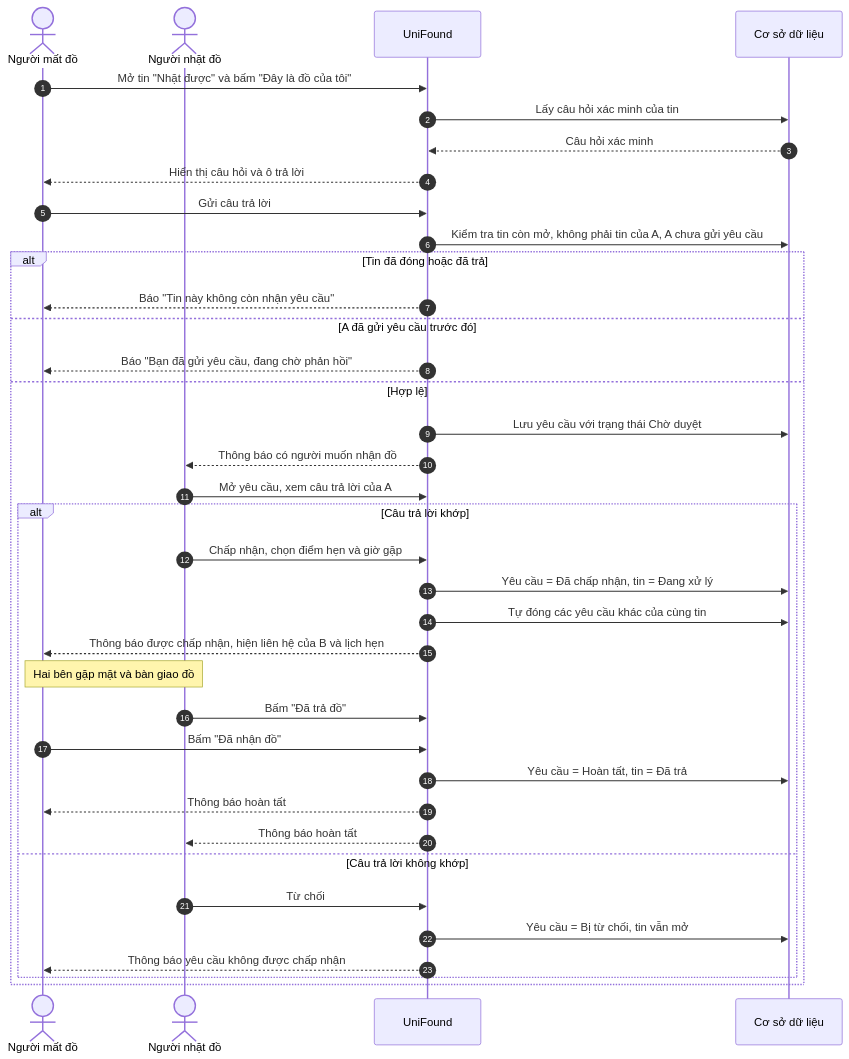
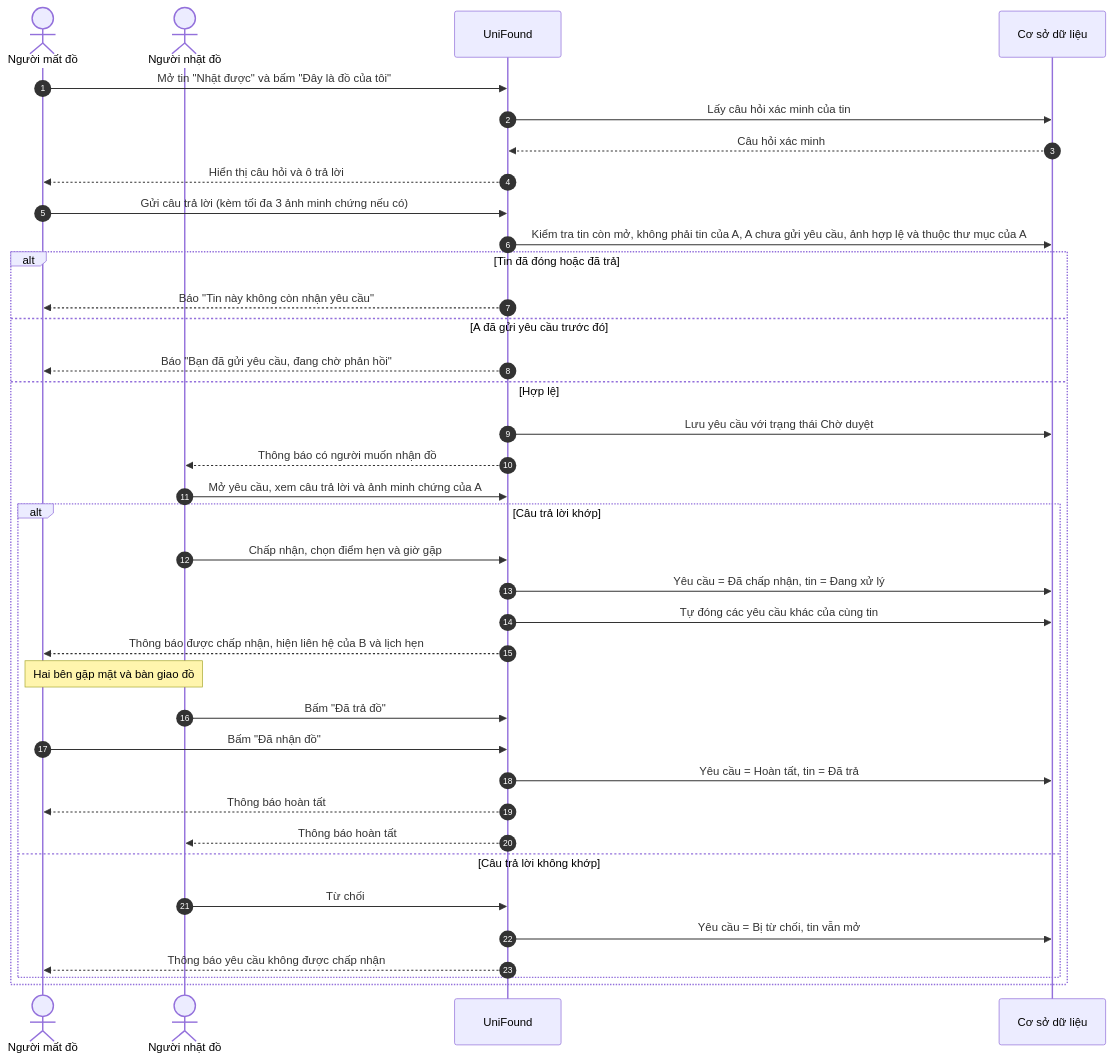
Before and after one commit to JohnnyPhan1712/unifound: the second of 3 diagrams in docs/02_reports/02_requirements_design.md, drawn with Mermaid. The commit also changed other lines of this file and 7 other files, not shown here.

````diff
--- a/docs/02_reports/02_requirements_design.md
+++ b/docs/02_reports/02_requirements_design.md
@@ -250,42 +262,42 @@
 ```mermaid
 sequenceDiagram
     autonumber
     actor A as Người mất đồ
     actor B as Người nhặt đồ
     participant W as UniFound
     participant DB as Cơ sở dữ liệu
 
     A->>W: Mở tin "Nhặt được" và bấm "Đây là đồ của tôi"
     W->>DB: Lấy câu hỏi xác minh của tin
     DB-->>W: Câu hỏi xác minh
     W-->>A: Hiển thị câu hỏi và ô trả lời
-    A->>W: Gửi câu trả lời
+    A->>W: Gửi câu trả lời (kèm tối đa 3 ảnh minh chứng nếu có)
 
-    W->>DB: Kiểm tra tin còn mở, không phải tin của A, A chưa gửi yêu cầu
+    W->>DB: Kiểm tra tin còn mở, không phải tin của A, A chưa gửi yêu cầu, ảnh hợp lệ và thuộc thư mục của A
     alt Tin đã đóng hoặc đã trả
         W-->>A: Báo "Tin này không còn nhận yêu cầu"
     else A đã gửi yêu cầu trước đó
         W-->>A: Báo "Bạn đã gửi yêu cầu, đang chờ phản hồi"
     else Hợp lệ
         W->>DB: Lưu yêu cầu với trạng thái Chờ duyệt
         W-->>B: Thông báo có người muốn nhận đồ
-        B->>W: Mở yêu cầu, xem câu trả lời của A
+        B->>W: Mở yêu cầu, xem câu trả lời và ảnh minh chứng của A
 
         alt Câu trả lời khớp
             B->>W: Chấp nhận, chọn điểm hẹn và giờ gặp
             W->>DB: Yêu cầu = Đã chấp nhận, tin = Đang xử lý
             W->>DB: Tự đóng các yêu cầu khác của cùng tin
             W-->>A: Thông báo được chấp nhận, hiện liên hệ của B và lịch hẹn
             Note over A,B: Hai bên gặp mặt và bàn giao đồ
             B->>W: Bấm "Đã trả đồ"
             A->>W: Bấm "Đã nhận đồ"
             W->>DB: Yêu cầu = Hoàn tất, tin = Đã trả
             W-->>A: Thông báo hoàn tất
             W-->>B: Thông báo hoàn tất
         else Câu trả lời không khớp
             B->>W: Từ chối
             W->>DB: Yêu cầu = Bị từ chối, tin vẫn mở
             W-->>A: Thông báo yêu cầu không được chấp nhận
         end
     end
 ```
````
